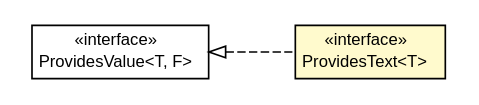
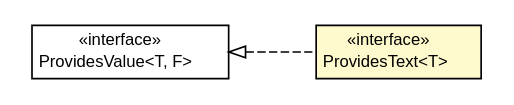
Before and after one commit to growbit/turbogwt-core: the diagram in javadoc/apidocs/org/turbogwt/core/providers/client/ProvidesText.dot, drawn with Graphviz. The commit also changed 275 other files, not shown here.

```diff
--- a/javadoc/apidocs/org/turbogwt/core/providers/client/ProvidesText.dot
+++ b/javadoc/apidocs/org/turbogwt/core/providers/client/ProvidesText.dot
@@ -1,29 +1,29 @@
 #!/usr/local/bin/dot
 #
 # Class diagram 
 # Generated by UMLGraph version R5_6-24-gf6e263 (http://www.umlgraph.org/)
 #
 
 digraph G {
-	edge [fontname="arial",fontsize=10,labelfontname="arial",labelfontsize=10];
-	node [fontname="arial",fontsize=10,shape=plaintext];
+	edge [fontname="Helvetica",fontsize=10,labelfontname="Helvetica",labelfontsize=10];
+	node [fontname="Helvetica",fontsize=10,shape=plaintext];
 	nodesep=0.25;
 	ranksep=0.5;
 	rankdir=LR;
+	// org.turbogwt.core.providers.client.ProvidesText<T>
+	c3817 [label=<<table title="org.turbogwt.core.providers.client.ProvidesText" border="0" cellborder="1" cellspacing="0" cellpadding="2" port="p" bgcolor="lemonChiffon" href="./ProvidesText.html">
+		<tr><td><table border="0" cellspacing="0" cellpadding="1">
+<tr><td align="center" balign="center"> &#171;interface&#187; </td></tr>
+<tr><td align="center" balign="center"> ProvidesText&lt;T&gt; </td></tr>
+		</table></td></tr>
+		</table>>, URL="./ProvidesText.html", fontname="Helvetica", fontcolor="black", fontsize=10.0];
 	// org.turbogwt.core.providers.client.ProvidesValue<T, F>
-	c2805 [label=<<table title="org.turbogwt.core.providers.client.ProvidesValue" border="0" cellborder="1" cellspacing="0" cellpadding="2" port="p" href="./ProvidesValue.html">
+	c3820 [label=<<table title="org.turbogwt.core.providers.client.ProvidesValue" border="0" cellborder="1" cellspacing="0" cellpadding="2" port="p" href="./ProvidesValue.html">
 		<tr><td><table border="0" cellspacing="0" cellpadding="1">
 <tr><td align="center" balign="center"> &#171;interface&#187; </td></tr>
 <tr><td align="center" balign="center"> ProvidesValue&lt;T, F&gt; </td></tr>
 		</table></td></tr>
-		</table>>, URL="./ProvidesValue.html", fontname="arial", fontcolor="black", fontsize=10.0];
-	// org.turbogwt.core.providers.client.ProvidesText<T>
-	c2806 [label=<<table title="org.turbogwt.core.providers.client.ProvidesText" border="0" cellborder="1" cellspacing="0" cellpadding="2" port="p" bgcolor="lemonChiffon" href="./ProvidesText.html">
-		<tr><td><table border="0" cellspacing="0" cellpadding="1">
-<tr><td align="center" balign="center"> &#171;interface&#187; </td></tr>
-<tr><td align="center" balign="center"> ProvidesText&lt;T&gt; </td></tr>
-		</table></td></tr>
-		</table>>, URL="./ProvidesText.html", fontname="arial", fontcolor="black", fontsize=10.0];
+		</table>>, URL="./ProvidesValue.html", fontname="Helvetica", fontcolor="black", fontsize=10.0];
 	//org.turbogwt.core.providers.client.ProvidesText<T> implements org.turbogwt.core.providers.client.ProvidesValue<T, F>
-	c2805:p -> c2806:p [dir=back,arrowtail=empty,style=dashed];
+	c3820:p -> c3817:p [dir=back,arrowtail=empty,style=dashed];
 }
```
